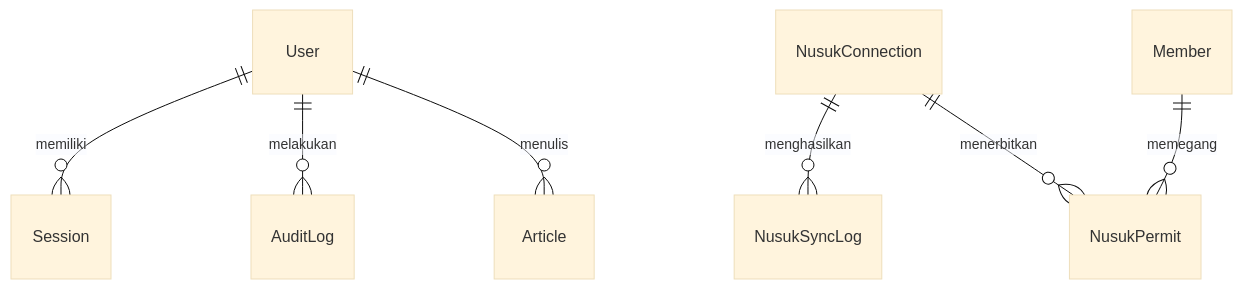
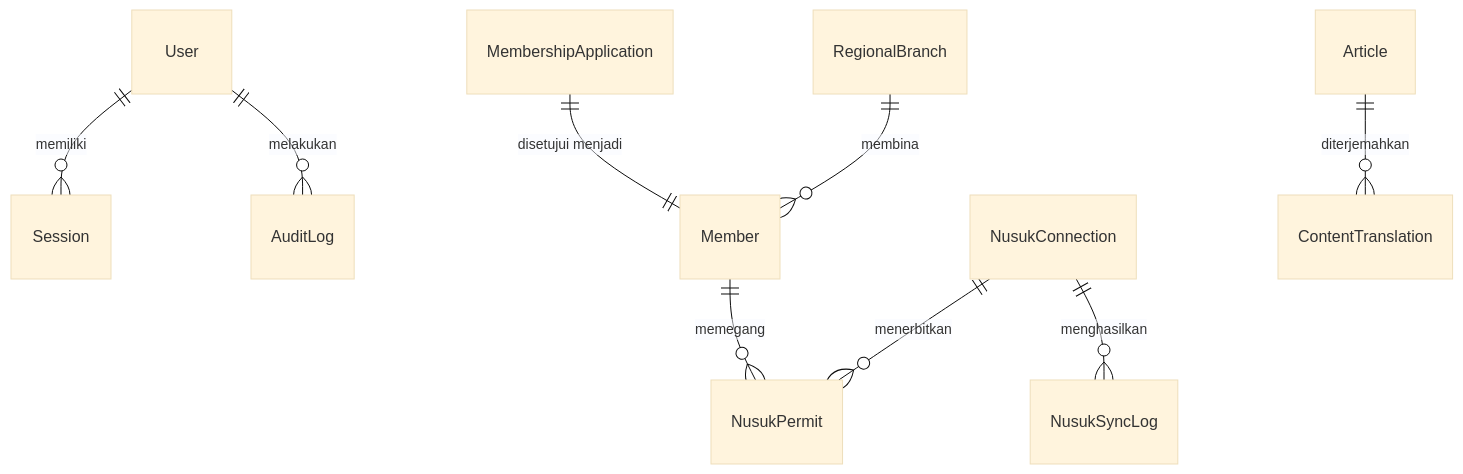
Before and after one commit to prabudanling/muhdin: the seventh of 9 diagrams in README.md, drawn with Mermaid (base theme). The commit also changed other lines of this file and 54 other files, not shown here.

````diff
--- a/README.md
+++ b/README.md
@@ -281,9 +423,11 @@
 ```mermaid
 erDiagram
     User ||--o{ Session : "memiliki"
     User ||--o{ AuditLog : "melakukan"
+    Member ||--o{ NusukPermit : "memegang"
+    NusukConnection ||--o{ NusukPermit : "menerbitkan"
     NusukConnection ||--o{ NusukSyncLog : "menghasilkan"
-    NusukConnection ||--o{ NusukPermit : "menerbitkan"
-    Member ||--o{ NusukPermit : "memegang"
-    User ||--o{ Article : "menulis"
+    MembershipApplication ||--|| Member : "disetujui menjadi"
+    Article ||--o{ ContentTranslation : "diterjemahkan"
+    RegionalBranch ||--o{ Member : "membina"
 ```
````
